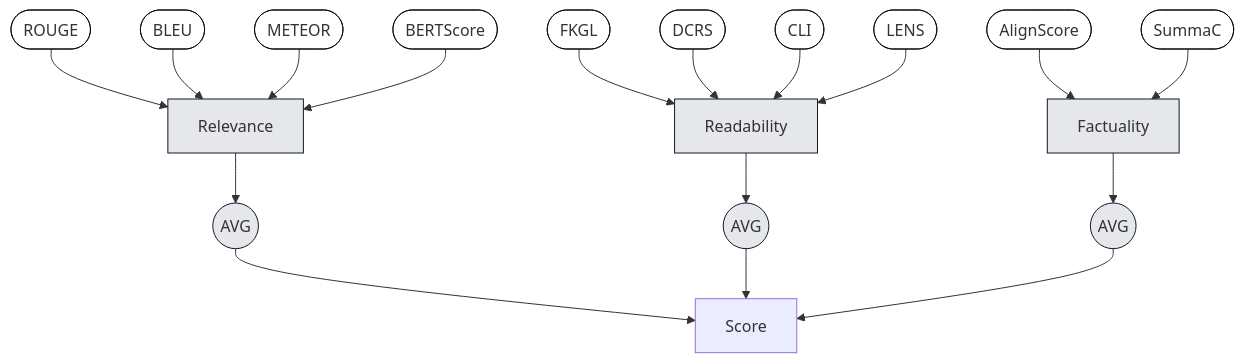
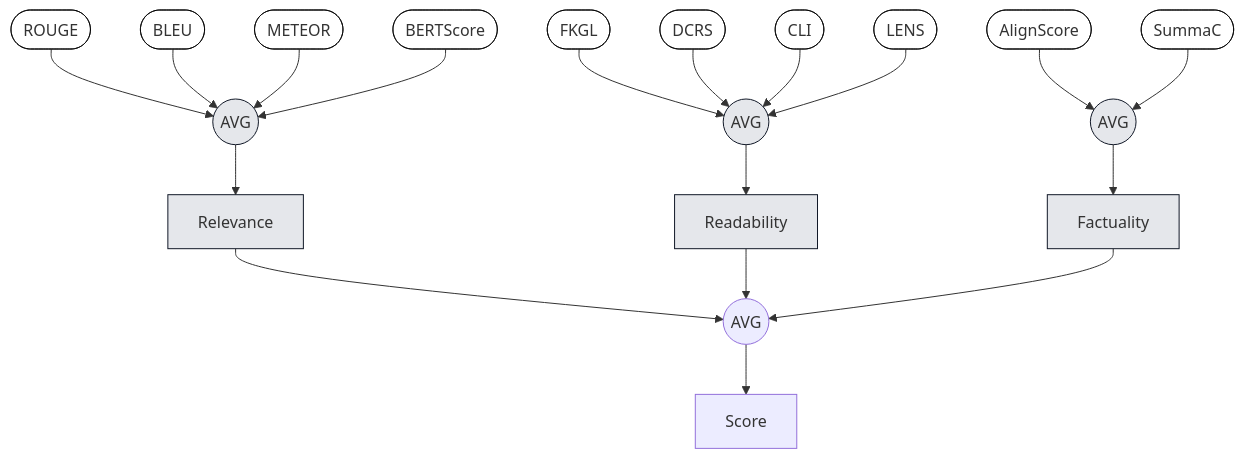
One commit to whopriyamuw/biolaysumm2025-task changed the first of 7 diagrams in reports/presentation/slides.md. Above: the diagram before and after it, drawn with Mermaid. The commit also changed other lines of this file and 1 other file, not shown here.

````diff
--- a/reports/presentation/slides.md
+++ b/reports/presentation/slides.md
@@ -170,16 +219,17 @@
 ```mermaid {theme: 'default', nodeSpacing: 10, rankSpacing: 50}
 flowchart TB
-    R1([ROUGE]) & R2([BLEU]) & R3([METEOR]) & R4([BERTScore]) --> B1[Relevance]
-    D1([FKGL]) & D2([DCRS]) & D3([CLI]) & D4([LENS]) --> B2[Readability]
-    F1([AlignScore]) & F2([SummaC]) --> B3[Factuality]
-    B1 --> AV1((AVG))
-    B2 --> AV2((AVG))
-    B3 --> AV3((AVG))
-    AV1 & AV2 & AV3 --> Score
+    R1([ROUGE]) & R2([BLEU]) & R3([METEOR]) & R4([BERTScore]) --> AV1((AVG))
+    D1([FKGL]) & D2([DCRS]) & D3([CLI]) & D4([LENS]) --> AV2((AVG))
+    F1([AlignScore]) & F2([SummaC]) --> AV3((AVG))
+    AV1 --> B1[Relevance]
+    AV2 --> B2[Readability]
+    AV3 --> B3[Factuality]
+    B1 & B2 & B3 --> AV4((AVG))
+    AV4 --> Score
     
     classDef input fill:none,stroke:#000;
     classDef block fill:#e5e7eb,stroke:#111827;
     class R1,R2,R3,R4,D1,D2,D3,D4,F1,F2 input;
     class B1,B2,B3,AV1,AV2,AV3 block;
     
 ```
````
